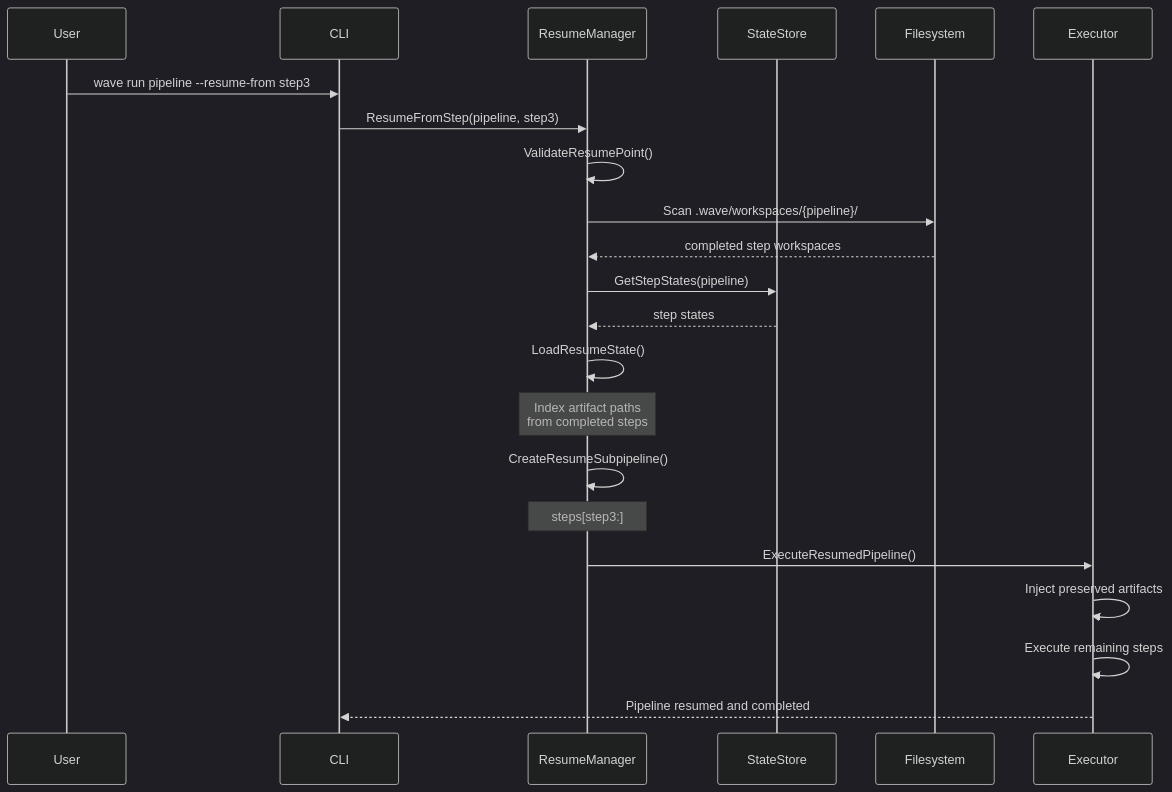
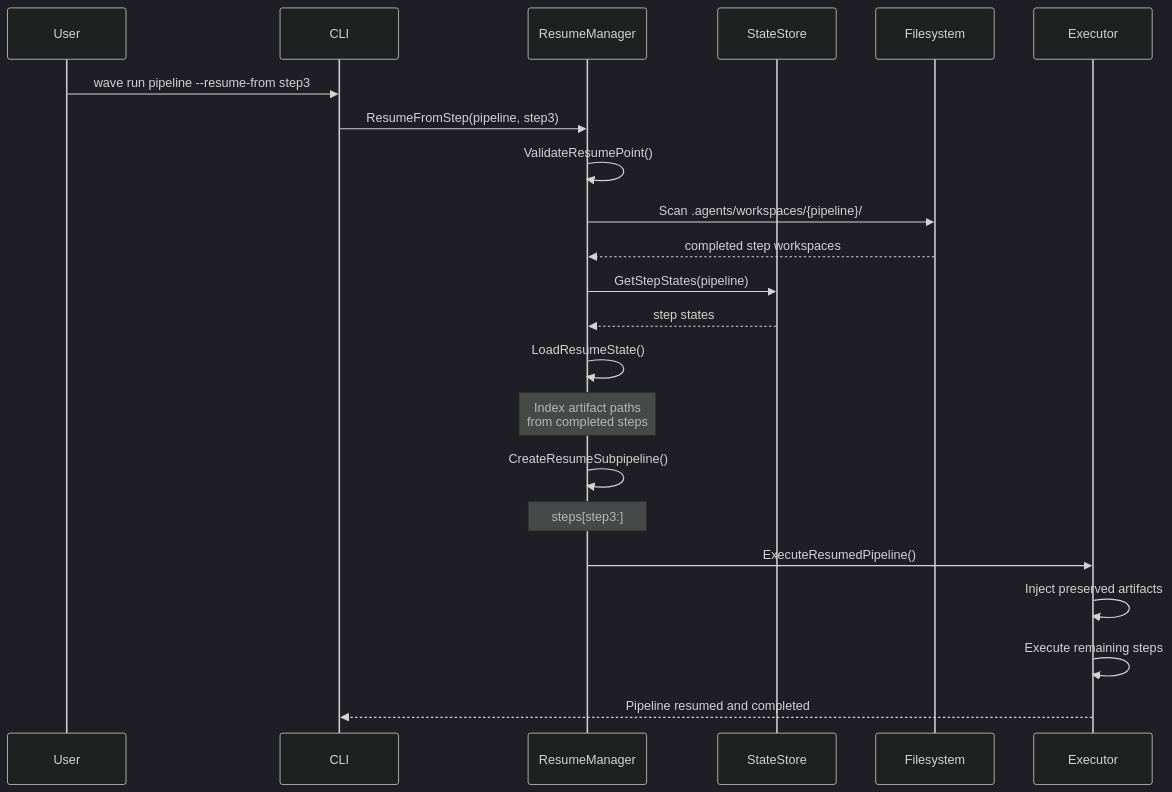
Before and after one commit to re-cinq/wave: diagram 15 of 17 in docs/.archive/wave-architecture.md, drawn with Mermaid (dark theme). The commit also changed other lines of this file and 629 other files, not shown here.

First line of the commit message:
refactor(layout): rename .wave/ → .agents/ for cross-tool convention

````diff
--- a/docs/.archive/wave-architecture.md
+++ b/docs/.archive/wave-architecture.md
@@ -503,30 +503,30 @@
 ```mermaid
 sequenceDiagram
     participant User
     participant CLI
     participant ResumeManager
     participant StateStore
     participant Filesystem
     participant Executor
 
     User->>CLI: wave run pipeline --resume-from step3
     CLI->>ResumeManager: ResumeFromStep(pipeline, step3)
 
     ResumeManager->>ResumeManager: ValidateResumePoint()
-    ResumeManager->>Filesystem: Scan .wave/workspaces/{pipeline}/
+    ResumeManager->>Filesystem: Scan .agents/workspaces/{pipeline}/
     Filesystem-->>ResumeManager: completed step workspaces
 
     ResumeManager->>StateStore: GetStepStates(pipeline)
     StateStore-->>ResumeManager: step states
 
     ResumeManager->>ResumeManager: LoadResumeState()
     Note over ResumeManager: Index artifact paths<br/>from completed steps
 
     ResumeManager->>ResumeManager: CreateResumeSubpipeline()
     Note over ResumeManager: steps[step3:]
 
     ResumeManager->>Executor: ExecuteResumedPipeline()
     Executor->>Executor: Inject preserved artifacts
     Executor->>Executor: Execute remaining steps
     Executor-->>CLI: Pipeline resumed and completed
 ```
````
